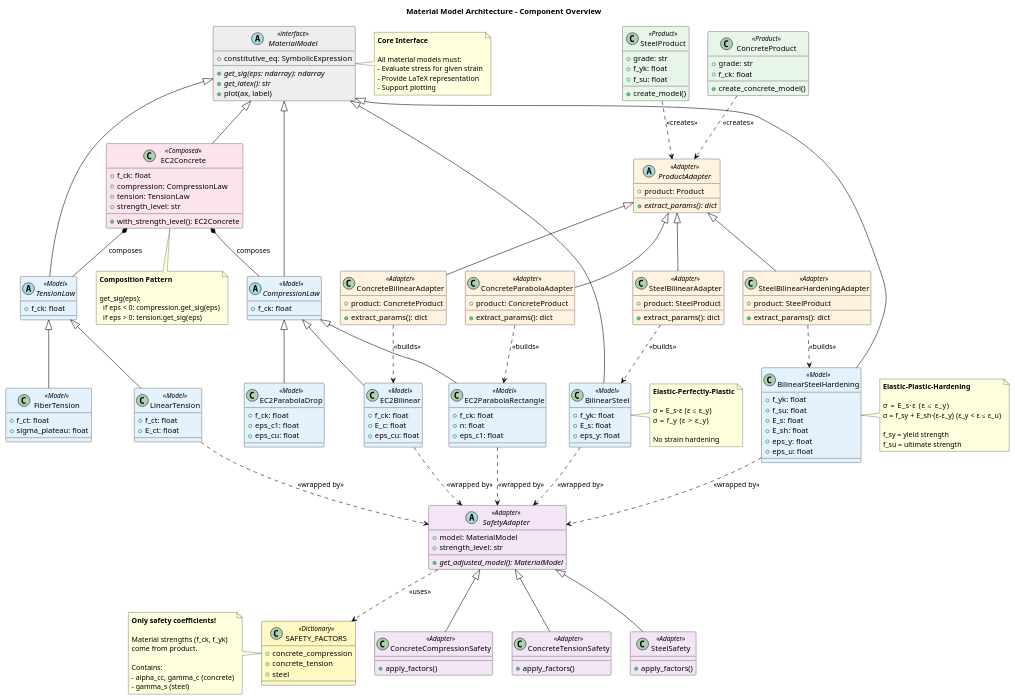
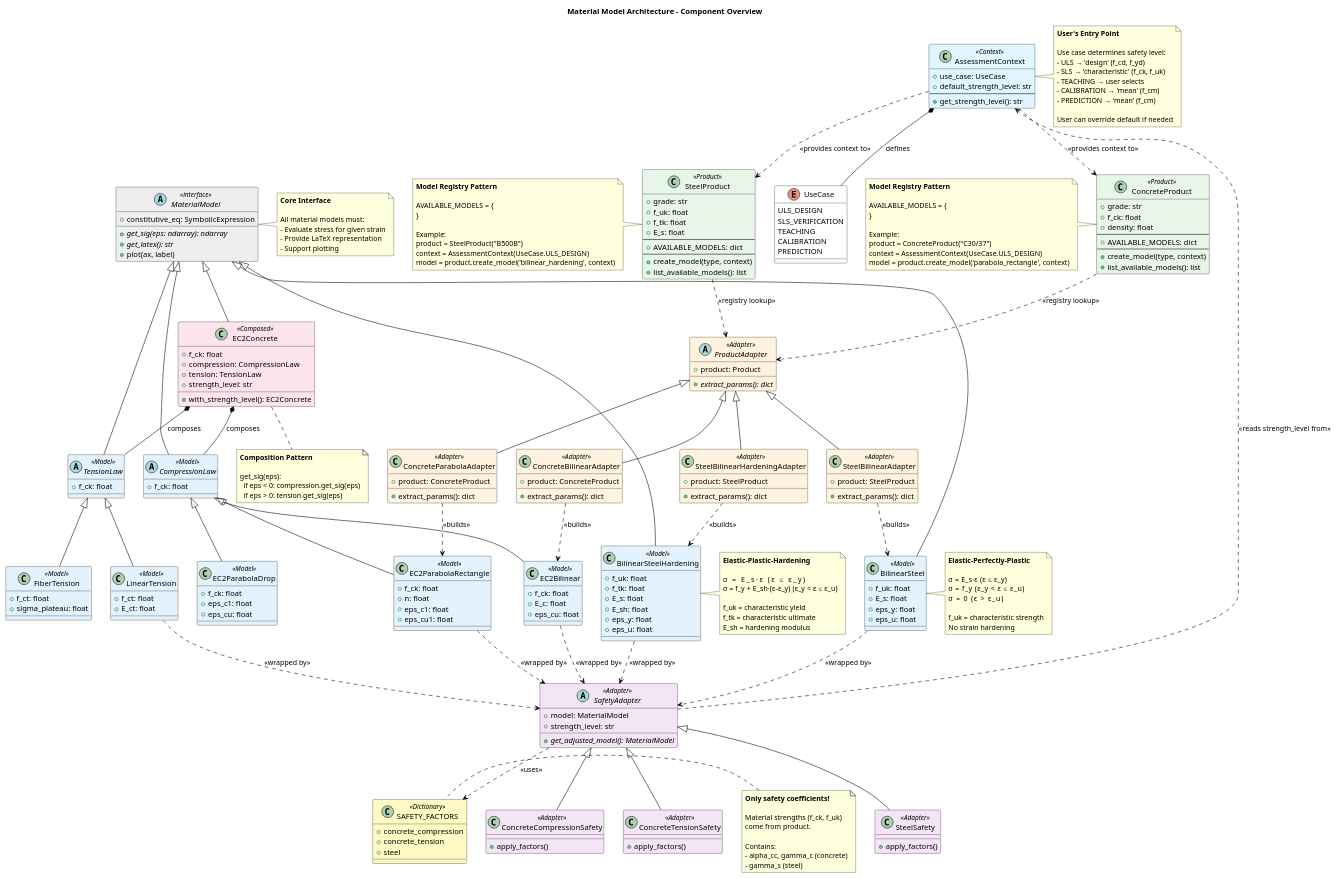
Before and after one commit to bmcs-group/bmcs_cross_section: the diagram in dev_docs/material_architecture.puml, drawn with PlantUML. The commit also changed 2 other files, not shown here.

Commit message:
Add UseCase context and concrete implementation example
Diagram improvements:
1. Add AssessmentContext + UseCase enum as entry point
   - User selects use case first (ULS, SLS, Teaching, Calibration, Prediction)
   - Context determines default strength level
   - SafetyAdapter reads from context

2. Fix steel parameter naming for consistency
   - f_yk → f_uk (characteristic strength)
   - f_su → f_tk (characteristic ultimate)
   - Add eps_u to BilinearSteel

3. Add model registry pattern to Products
   - AVAILABLE_MODELS dict maps type → Adapter class
   - list_available_models() method
   - create_model(type, context) unified interface

4. Show workflow: Context → Product → Adapter → Model → Safety

Documentation:
- Created MATERIAL_ARCHITECTURE_EXAMPLE.md with complete implementation
- User workflow from use case to cross-section
- Assess adapter pattern bloat: ~17 adapters projected (manageable)
- Compare explicit vs generic adapter approaches
- Recommendation: start explicit, refactor if needed
- Shows user never directly creates adapters (hidden complexity)

Diagram size: 307KB (more detailed, still renders in 2-3 sec)

```diff
--- a/dev_docs/material_architecture.puml
+++ b/dev_docs/material_architecture.puml
@@ -7,6 +7,35 @@
 skinparam shadowing false
 
 title Material Model Architecture - Component Overview
+
+' ===== Use Case Context (Determines Safety Level) =====
+class AssessmentContext <<Context>> #E1F5FE {
+    + use_case: UseCase
+    + default_strength_level: str
+    --
+    + get_strength_level(): str
+}
+
+enum UseCase {
+    ULS_DESIGN
+    SLS_VERIFICATION
+    TEACHING
+    CALIBRATION
+    PREDICTION
+}
+
+note right of AssessmentContext
+  <b>User's Entry Point</b>
+  
+  Use case determines safety level:
+  - ULS → 'design' (f_cd, f_yd)
+  - SLS → 'characteristic' (f_ck, f_uk)
+  - TEACHING → user selects
+  - CALIBRATION → 'mean' (f_cm)
+  - PREDICTION → 'mean' (f_cm)
+  
+  User can override default if needed
+end note
 
 ' ===== Base Material Model Interface =====
 abstract class MaterialModel <<interface>> #EEEEEE {
@@ -25,19 +54,58 @@
   - Support plotting
 end note
 
-' ===== Products =====
+' ===== Products with Model Registry =====
 class ConcreteProduct <<Product>> #E8F5E9 {
     + grade: str
     + f_ck: float
-    + create_concrete_model()
+    + density: float
+    --
+    + AVAILABLE_MODELS: dict
+    --
+    + create_model(type, context)
+    + list_available_models(): list
 }
+
+note left of ConcreteProduct
+  <b>Model Registry Pattern</b>
+  
+  AVAILABLE_MODELS = {
+    'parabola_rectangle': ConcreteParabolaAdapter,
+    'bilinear': ConcreteBilinearAdapter,
+    'parabola_drop': ConcreteParabolaDropAdapter
+  }
+  
+  Example:
+  product = ConcreteProduct("C30/37")
+  context = AssessmentContext(UseCase.ULS_DESIGN)
+  model = product.create_model('parabola_rectangle', context)
+end note
 
 class SteelProduct <<Product>> #E8F5E9 {
     + grade: str
-    + f_yk: float
-    + f_su: float
-    + create_model()
+    + f_uk: float
+    + f_tk: float
+    + E_s: float
+    --
+    + AVAILABLE_MODELS: dict
+    --
+    + create_model(type, context)
+    + list_available_models(): list
 }
+
+note left of SteelProduct
+  <b>Model Registry Pattern</b>
+  
+  AVAILABLE_MODELS = {
+    'bilinear': SteelBilinearAdapter,
+    'bilinear_hardening': SteelBilinearHardeningAdapter
+  }
+  
+  Example:
+  product = SteelProduct("B500B")
+  context = AssessmentContext(UseCase.ULS_DESIGN)
+  model = product.create_model('bilinear_hardening', context)
+end note
 
 ' ===== Product Adapters =====
 abstract class ProductAdapter <<Adapter>> #FFF3E0 {
@@ -74,6 +142,7 @@
     + f_ck: float
     + n: float
     + eps_c1: float
+    + eps_cu1: float
 }
 
 class EC2Bilinear <<Model>> #E3F2FD {
@@ -104,23 +173,26 @@
 
 ' ===== Steel Material Models =====
 class BilinearSteel <<Model>> #E3F2FD {
-    + f_yk: float
+    + f_uk: float
     + E_s: float
     + eps_y: float
+    + eps_u: float
 }
 
 note right of BilinearSteel
   <b>Elastic-Perfectly-Plastic</b>
   
   σ = E_s·ε  (ε ≤ ε_y)
-  σ = f_y     (ε > ε_y)
+  σ = f_y     (ε_y < ε ≤ ε_u)
+  σ = 0       (ε > ε_u)
   
+  f_uk = characteristic strength
   No strain hardening
 end note
 
 class BilinearSteelHardening <<Model>> #E3F2FD {
-    + f_yk: float
-    + f_su: float
+    + f_uk: float
+    + f_tk: float
     + E_s: float
     + E_sh: float
     + eps_y: float
@@ -130,11 +202,12 @@
 note right of BilinearSteelHardening
   <b>Elastic-Plastic-Hardening</b>
   
-  σ = E_s·ε      (ε ≤ ε_y)
-  σ = f_sy + E_sh·(ε-ε_y)  (ε_y < ε ≤ ε_u)
+  σ = E_s·ε               (ε ≤ ε_y)
+  σ = f_y + E_sh·(ε-ε_y)  (ε_y < ε ≤ ε_u)
   
-  f_sy = yield strength
-  f_su = ultimate strength
+  f_uk = characteristic yield
+  f_tk = characteristic ultimate
+  E_sh = hardening modulus
 end note
 
 ' ===== Safety Adapters =====
@@ -166,7 +239,7 @@
 note left of SAFETY_FACTORS
   <b>Only safety coefficients!</b>
   
-  Material strengths (f_ck, f_yk)
+  Material strengths (f_ck, f_uk)
   come from product.
   
   Contains:
@@ -215,8 +288,12 @@
 SafetyAdapter <|-- SteelSafety
 
 ' ===== Association Relationships =====
-ConcreteProduct ..> ProductAdapter : <<creates>>
-SteelProduct ..> ProductAdapter : <<creates>>
+AssessmentContext *-- UseCase : defines
+AssessmentContext ..> ConcreteProduct : <<provides context to>>
+AssessmentContext ..> SteelProduct : <<provides context to>>
+
+ConcreteProduct ..> ProductAdapter : <<registry lookup>>
+SteelProduct ..> ProductAdapter : <<registry lookup>>
 
 ConcreteParabolaAdapter ..> EC2ParabolaRectangle : <<builds>>
 ConcreteBilinearAdapter ..> EC2Bilinear : <<builds>>
@@ -230,6 +307,7 @@
 BilinearSteelHardening ..> SafetyAdapter : <<wrapped by>>
 
 SafetyAdapter ..> SAFETY_FACTORS : <<uses>>
+SafetyAdapter ..> AssessmentContext : <<reads strength_level from>>
 
 EC2Concrete *-- CompressionLaw : composes
 EC2Concrete *-- TensionLaw : composes
```
